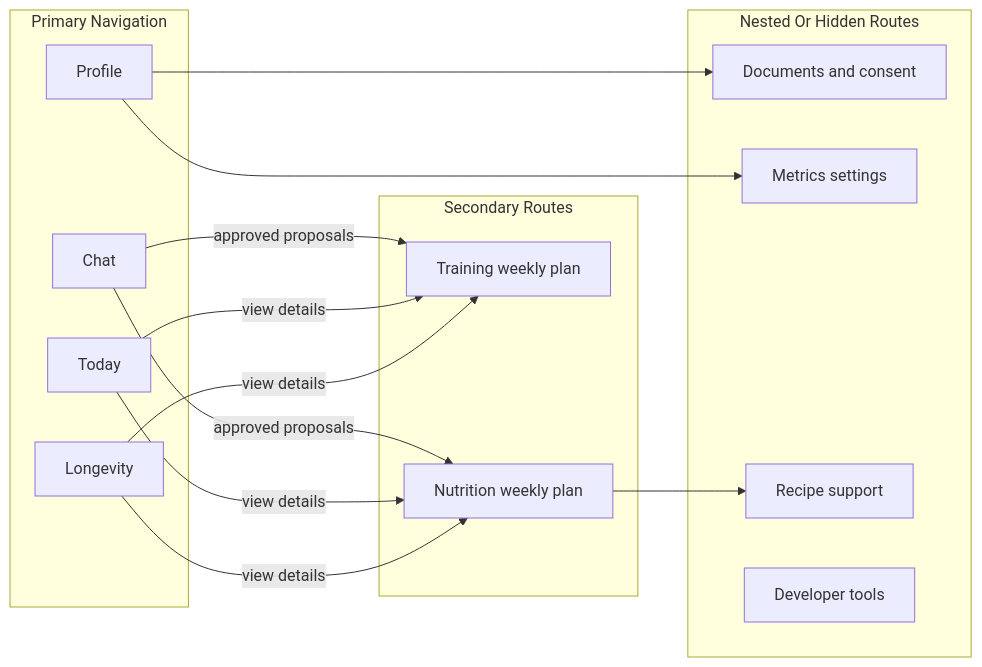
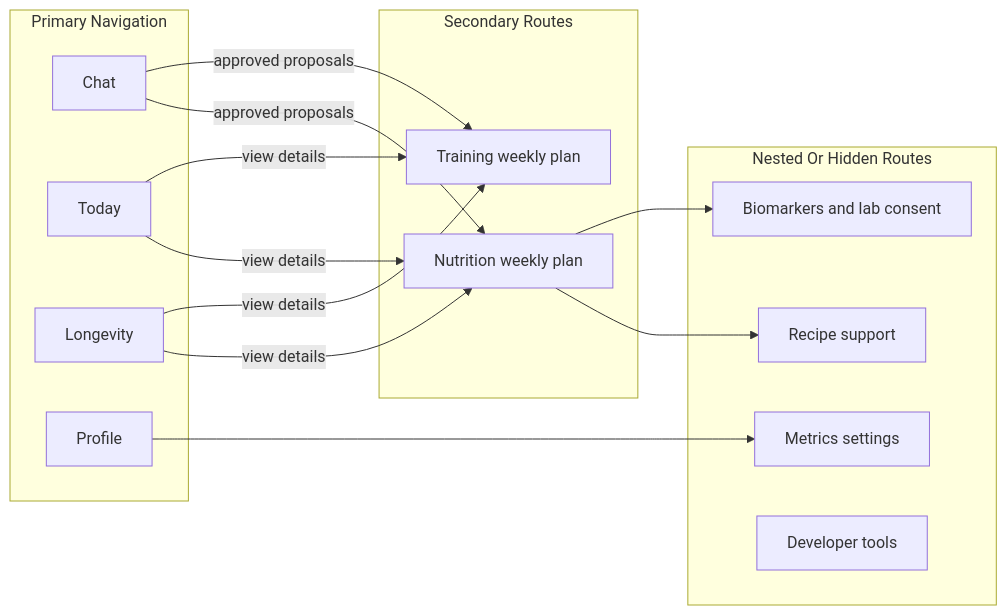
Before and after one commit to IldarRash/HealthTracer: the first of 2 diagrams in docs/architecture/product-surface-architecture.md, drawn with Mermaid. The commit also changed other lines of this file and 36 other files, not shown here.

````diff
--- a/docs/architecture/product-surface-architecture.md
+++ b/docs/architecture/product-surface-architecture.md
@@ -11,31 +11,31 @@
 ```mermaid
 flowchart LR
   subgraph primaryNav [Primary Navigation]
     Chat["Chat"]
     Today["Today"]
     Longevity["Longevity"]
     Profile["Profile"]
   end
 
   subgraph secondaryRoutes [Secondary Routes]
     Training["Training weekly plan"]
     Nutrition["Nutrition weekly plan"]
   end
 
   subgraph nestedRoutes [Nested Or Hidden Routes]
-    Documents["Documents and consent"]
+    Biomarkers["Biomarkers and lab consent"]
     Metrics["Metrics settings"]
     Recipes["Recipe support"]
     DevTools["Developer tools"]
   end
 
   Chat -->|"approved proposals"| Training
   Chat -->|"approved proposals"| Nutrition
   Today -->|"view details"| Training
   Today -->|"view details"| Nutrition
   Longevity -->|"view details"| Training
   Longevity -->|"view details"| Nutrition
-  Profile --> Documents
+  Nutrition --> Biomarkers
   Profile --> Metrics
   Nutrition --> Recipes
 ```
````
